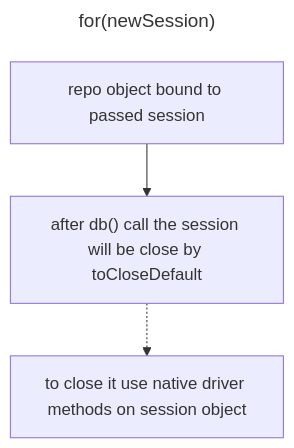
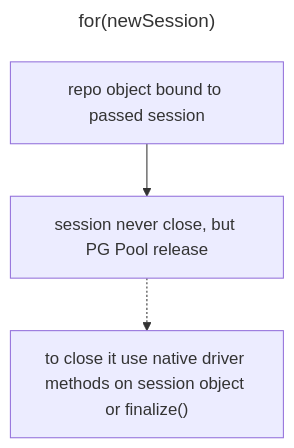
One commit to shov/pository changed the second of 3 diagrams in README.md. Above: the diagram before and after it, drawn with Mermaid. The commit also changed other lines of this file and 4 other files, not shown here.

````diff
--- a/README.md
+++ b/README.md
@@ -48,11 +48,11 @@
 ```mermaid
 ---
 title: for(newSession)
 ---
 flowchart TD
 	1[repo object bound to passed session]
-	2["after db() call the session will be close by toCloseDefault"]
-	3["to close it use native driver methods on session object"]
+	2["session never close, but PG Pool release"]
+	3["to close it use native driver methods on session object or finalize()"]
 	1 --> 2 -.-> 3
 	
 ```
````
